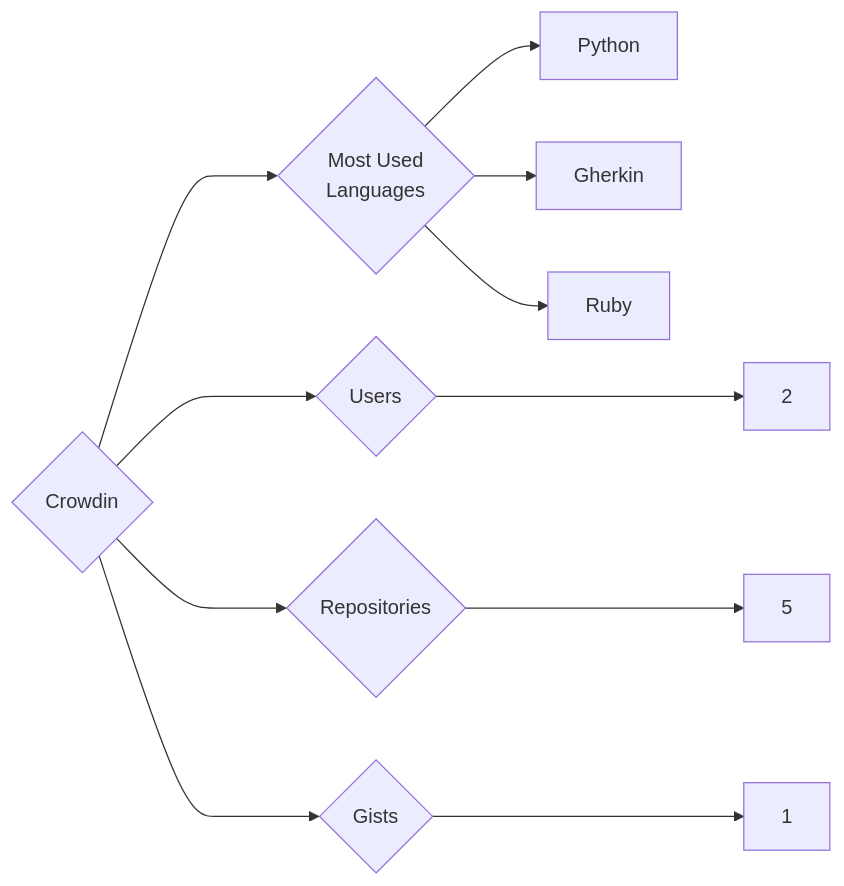
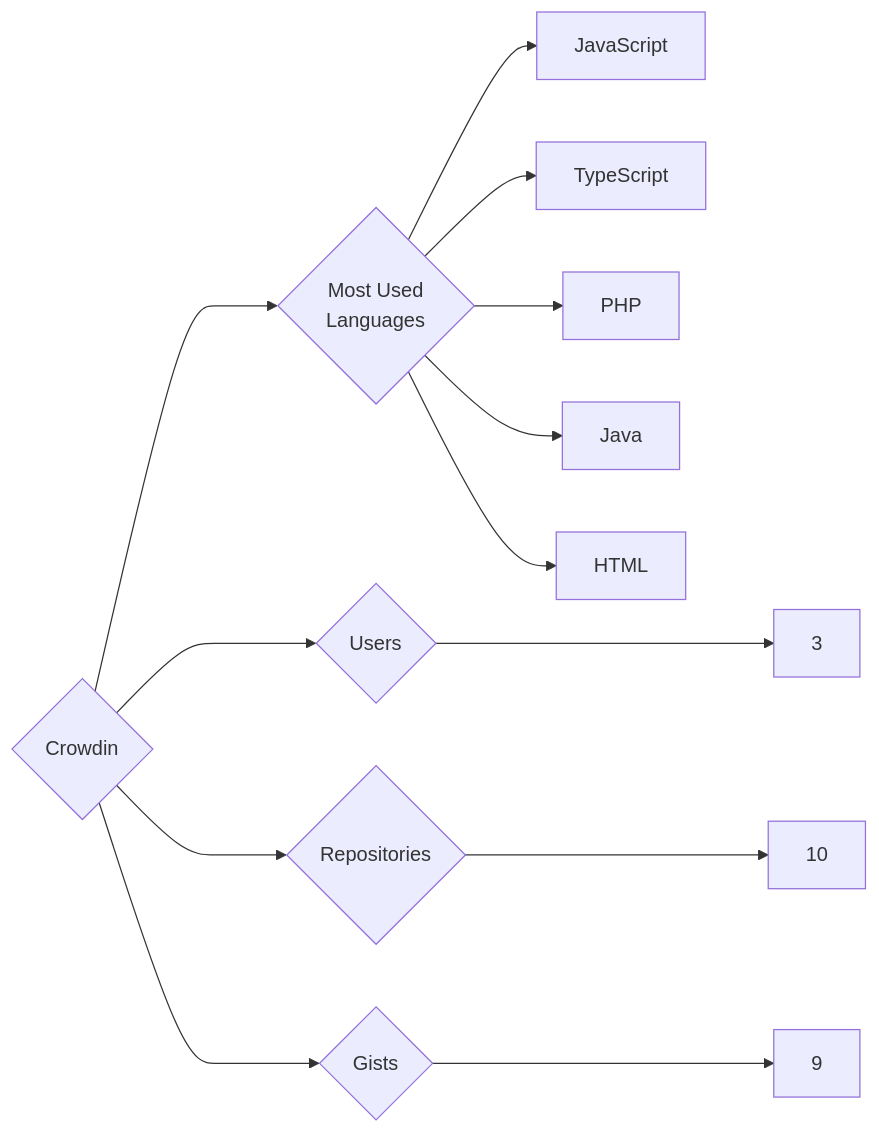
The diagram in targets/Crowdin/README.md (trickest/insiders), drawn with Mermaid before and after one commit. The commit also changed 944 other files, not shown here.

````diff
--- a/targets/Crowdin/README.md
+++ b/targets/Crowdin/README.md
@@ -3,11 +3,13 @@
 ```mermaid
 graph LR
 COMPANY_NAME{Crowdin}
-COMPANY_NAME ---> U{Users} ---> UN[2]
-COMPANY_NAME ---> R{Repositories} ---> RN[5]
-COMPANY_NAME ---> G{Gists} ---> GN[1]
+COMPANY_NAME ---> U{Users} ---> UN[3]
+COMPANY_NAME ---> R{Repositories} ---> RN[10]
+COMPANY_NAME ---> G{Gists} ---> GN[9]
 COMPANY_NAME ---> ML{Most Used<br>Languages}
-ML --> Python[Python]
-ML --> Gherkin[Gherkin]
-ML --> Ruby[Ruby]
+ML --> JavaScript[JavaScript]
+ML --> TypeScript[TypeScript]
+ML --> PHP[PHP]
+ML --> Java[Java]
+ML --> HTML[HTML]
 ```
````
